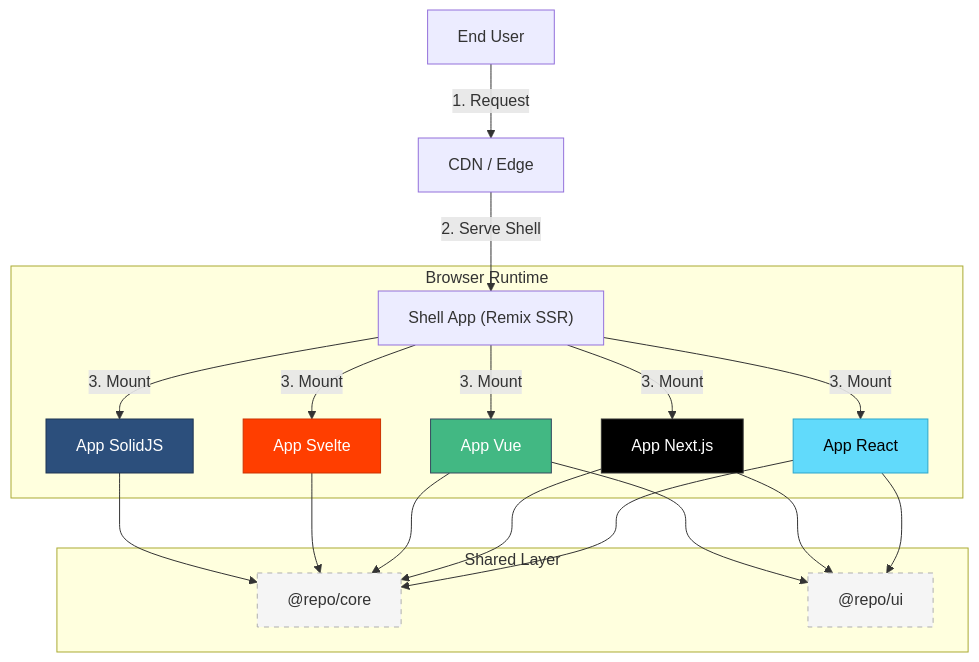
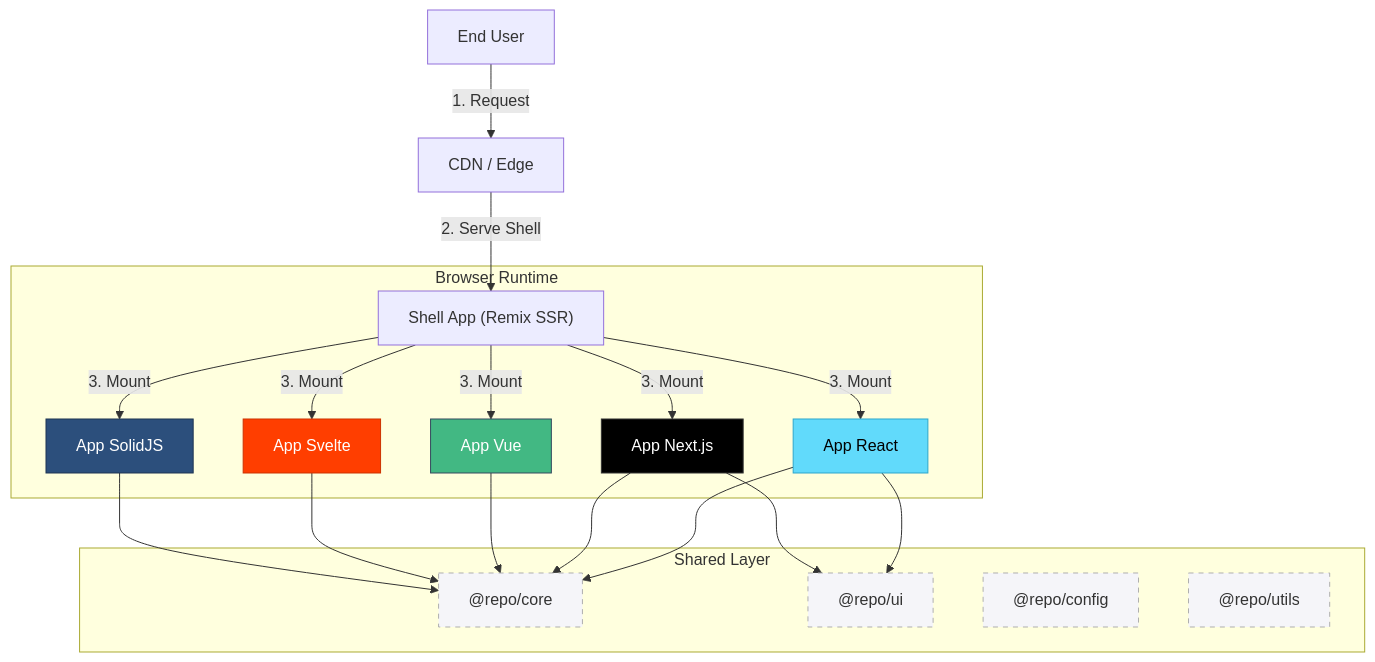
Before and after one commit to tian972k/micro-fontend-base: the first of 7 diagrams in docs/ARCHITECTURE.md, drawn with Mermaid. The commit also changed other lines of this file and 136 other files, not shown here.

````diff
--- a/docs/ARCHITECTURE.md
+++ b/docs/ARCHITECTURE.md
@@ -9,31 +26,33 @@
 ```mermaid
 flowchart TD
     User["End User"] -->|1. Request| CDN["CDN / Edge"]
     CDN -->|2. Serve Shell| Shell["Shell App (Remix SSR)"]
 
     subgraph "Browser Runtime"
         Shell -->|3. Mount| React["App React"]:::react
         Shell -->|3. Mount| Next["App Next.js"]:::next
         Shell -->|3. Mount| Vue["App Vue"]:::vue
         Shell -->|3. Mount| Svelte["App Svelte"]:::svelte
         Shell -->|3. Mount| Solid["App SolidJS"]:::solid
     end
 
     subgraph "Shared Layer"
         Core["@repo/core"]:::shared
         UI["@repo/ui"]:::shared
+        Config["@repo/config"]:::shared
+        Utils["@repo/utils"]:::shared
     end
 
     React --> Core & UI
     Next --> Core & UI
-    Vue --> Core & UI
+    Vue --> Core
     Svelte --> Core
     Solid --> Core
 
     classDef react fill:#61dafb,color:#000,stroke:#2da6cc
     classDef next fill:#000000,color:#fff,stroke:#333
     classDef vue fill:#42b883,color:#fff,stroke:#35495e
     classDef svelte fill:#ff3e00,color:#fff,stroke:#cc3200
     classDef solid fill:#2c4f7c,color:#fff,stroke:#1e3552
-    classDef shared fill:#f5f5f5,color:#333,stroke:#aeaeae,stroke-dasharray: 5 5
+    classDef shared fill:#f5f5f9,color:#333,stroke:#aeaeae,stroke-dasharray: 5 5
 ```
````
